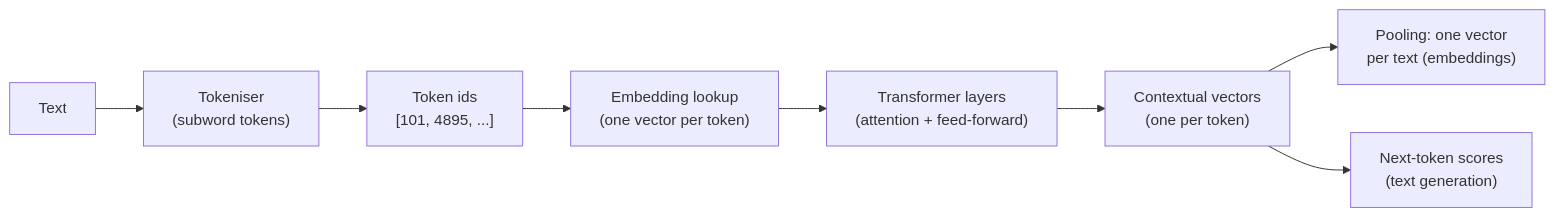
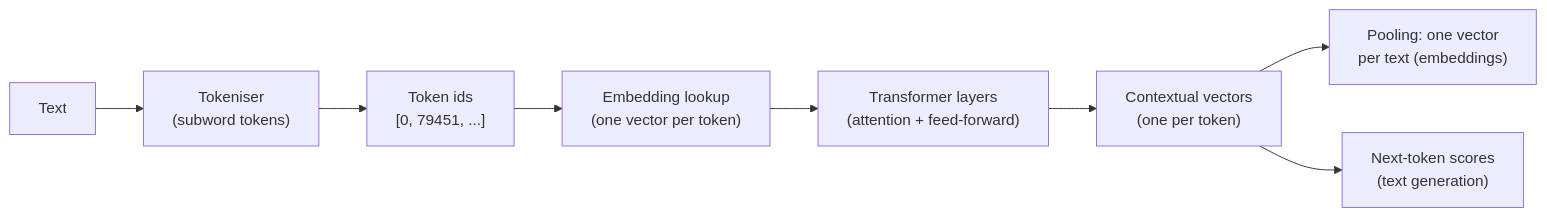
Before and after one commit to khoadaniel/statistical-programming-mpmd-htw-ws-2026: the first of 2 diagrams in sessions/14-llms-and-embeddings/theory/01-from-words-to-vectors.md, drawn with Mermaid. The commit also changed other lines of this file and 268 other files, not shown here.

````diff
--- a/sessions/14-llms-and-embeddings/theory/01-from-words-to-vectors.md
+++ b/sessions/14-llms-and-embeddings/theory/01-from-words-to-vectors.md
@@ -7,10 +7,10 @@
 ```mermaid
 flowchart LR
     T["Text"] --> K["Tokeniser<br/>(subword tokens)"]
-    K --> I["Token ids<br/>[101, 4895, ...]"]
+    K --> I["Token ids<br/>[0, 79451, ...]"]
     I --> E["Embedding lookup<br/>(one vector per token)"]
     E --> L["Transformer layers<br/>(attention + feed-forward)"]
     L --> C["Contextual vectors<br/>(one per token)"]
     C --> P1["Pooling: one vector<br/>per text (embeddings)"]
     C --> P2["Next-token scores<br/>(text generation)"]
 ```
````
